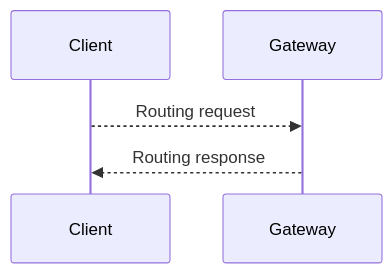
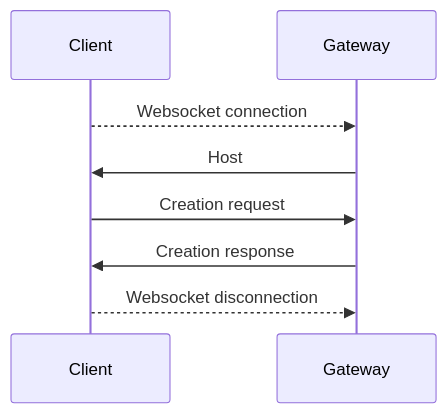
Before and after one commit to ErFer7/WebChat: the fourth of 9 diagrams in documentation/Protocol.md, drawn with Mermaid. The commit also changed other lines of this file and 16 other files, not shown here.

````diff
--- a/documentation/Protocol.md
+++ b/documentation/Protocol.md
@@ -210,5 +351,8 @@
 ```mermaid
 sequenceDiagram
-  Client -->> Gateway: Routing request
-  Gateway -->> Client: Routing response
+  Client -->> Gateway: Websocket connection
+  Gateway ->> Client: Host
+  Client ->> Gateway: Creation request
+  Gateway ->> Client: Creation response
+  Client -->> Gateway: Websocket disconnection
 ```
````
